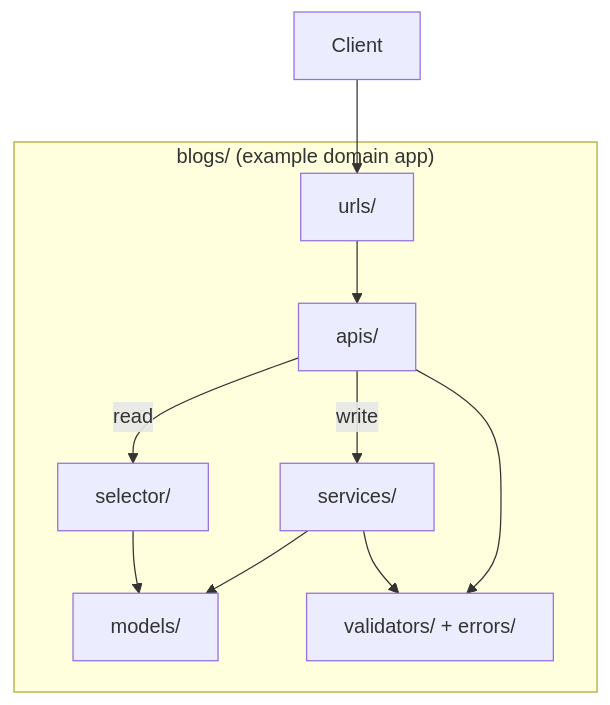
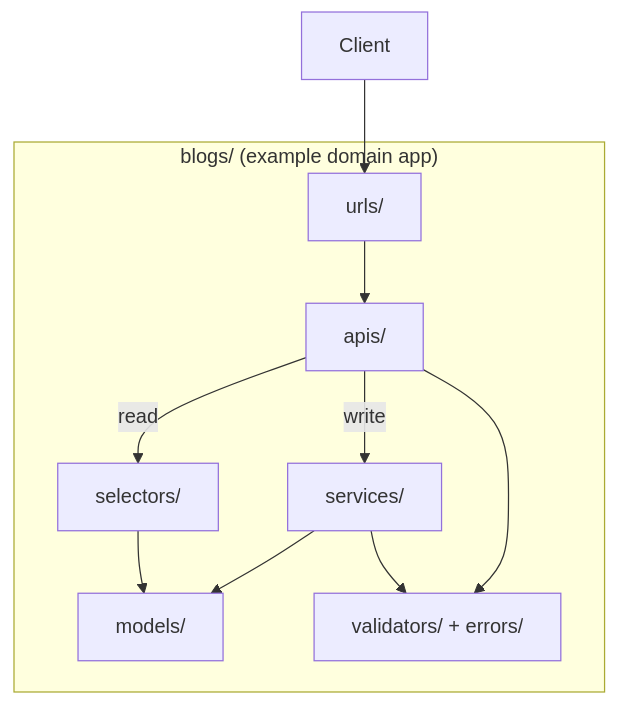
The first of 2 diagrams in {{cookiecutter.project_name}}/docs/style-guide/structure/domain-apps.md (alidanial7/django-style-guide), drawn with Mermaid before and after one commit. The commit also changed other lines of this file and 29 other files, not shown here.

````diff
--- a/{{cookiecutter.project_name}}/docs/style-guide/structure/domain-apps.md
+++ b/{{cookiecutter.project_name}}/docs/style-guide/structure/domain-apps.md
@@ -22,19 +22,19 @@
 ```mermaid
 flowchart TB
     subgraph DomainApp["blogs/ (example domain app)"]
         URLs[urls/]
         APIs[apis/]
-        SEL[selector/]
+        SEL[selectors/]
         SVC[services/]
         MOD[models/]
         VAL[validators/ + errors/]
     end
 
     Client --> URLs --> APIs
     APIs -->|read| SEL
     APIs -->|write| SVC
     SEL --> MOD
     SVC --> MOD
     APIs --> VAL
     SVC --> VAL
 ```
````
